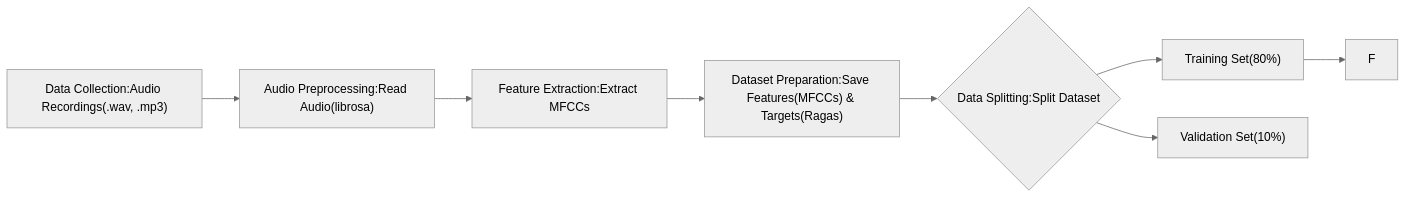
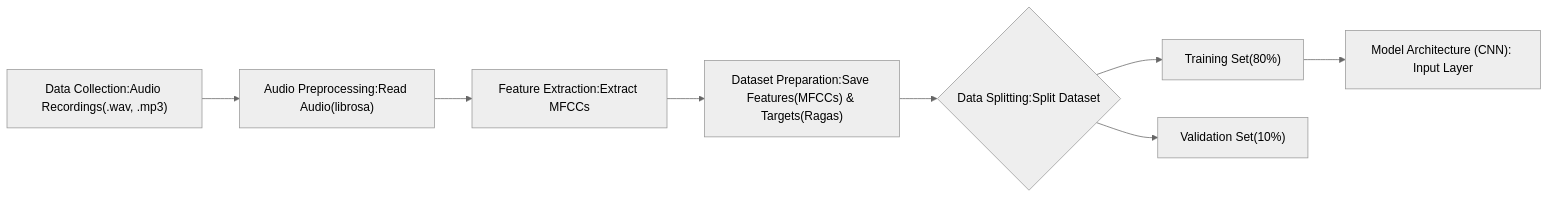
One commit to soha-18/RagaVeda---Hindustani-Classical-Raga-Identification changed the diagram in README.md. Above: the diagram before and after it, drawn with Mermaid (neutral theme). The commit also changed other lines of this file, not shown here.

````diff
--- a/README.md
+++ b/README.md
@@ -27,11 +27,11 @@
 ```mermaid
 graph LR;
     A["Data Collection:Audio Recordings(.wav, .mp3)"]
     A-->B;
     B["Audio Preprocessing:Read Audio(librosa)"]-->C;
     C["Feature Extraction:Extract MFCCs"]-->D;
     D["Dataset Preparation:Save Features(MFCCs) & Targets(Ragas)"]-->E;
     E{"Data Splitting:Split Dataset"}-->E1["Training Set(80%)"];
     E-->E2["Validation Set(10%)"];
-    E1-->F;
+    E1-->F["Model Architecture (CNN): Input Layer"];
 ```
````
